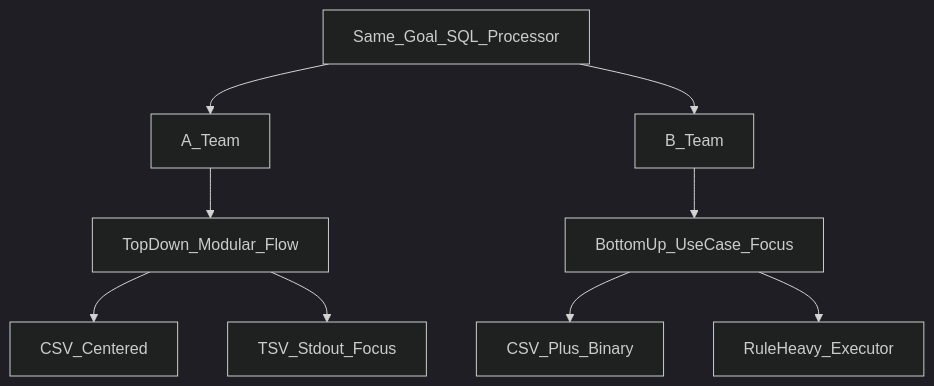
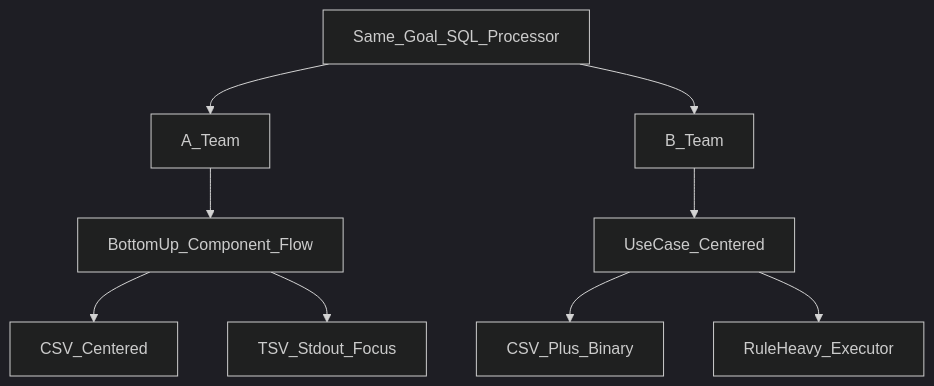
The first of 12 diagrams in docs/07-presentation-visuals.md (tail1887/sql_parsor), drawn with Mermaid (dark theme) before and after one commit. The commit also changed other lines of this file, not shown here.

Commit message:
Align presentation visuals with script: Bottom-up A, Use-case B
Made-with: Cursor

````diff
--- a/docs/07-presentation-visuals.md
+++ b/docs/07-presentation-visuals.md
@@ -10,13 +10,13 @@
 ```mermaid
 flowchart TB
     start[Same_Goal_SQL_Processor] --> teamA[A_Team]
     start --> teamB[B_Team]
 
-    teamA --> aStyle[TopDown_Modular_Flow]
+    teamA --> aStyle[BottomUp_Component_Flow]
     aStyle --> aStorage[CSV_Centered]
     aStyle --> aOutput[TSV_Stdout_Focus]
 
-    teamB --> bStyle[BottomUp_UseCase_Focus]
+    teamB --> bStyle[UseCase_Centered]
     bStyle --> bStorage[CSV_Plus_Binary]
     bStyle --> bRules[RuleHeavy_Executor]
 ```
````
